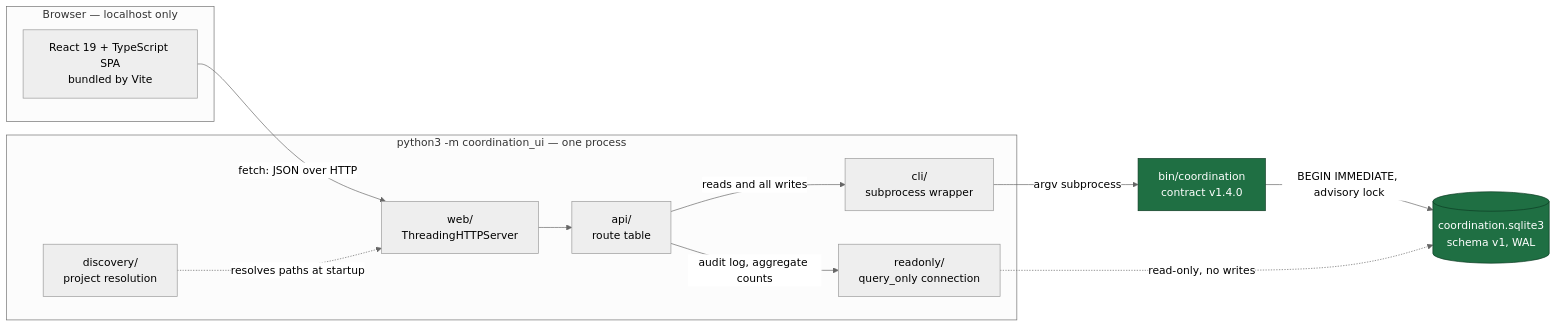
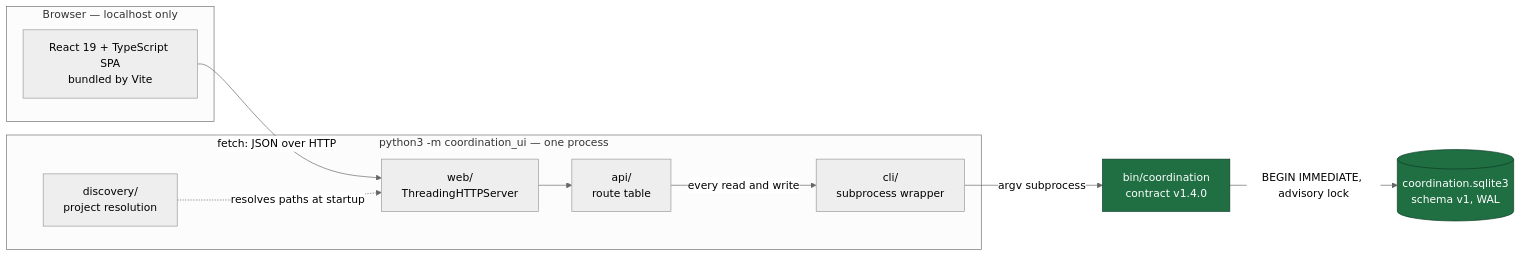
One commit to jnuez94/agentic-scaffold-project-task-tracker changed the first of 9 diagrams in docs/coordination-console-design.md. Above: the diagram before and after it, drawn with Mermaid (neutral theme). The commit also changed other lines of this file and 17 other files, not shown here.

````diff
--- a/docs/coordination-console-design.md
+++ b/docs/coordination-console-design.md
@@ -59,29 +59,26 @@
 ```mermaid
 flowchart LR
     subgraph browser["Browser — localhost only"]
         SPA["React 19 + TypeScript SPA<br/>bundled by Vite"]
     end
 
     subgraph python["python3 -m coordination_ui — one process"]
         HTTP["web/<br/>ThreadingHTTPServer"]
         API["api/<br/>route table"]
         BRIDGE["cli/<br/>subprocess wrapper"]
-        RO["readonly/<br/>query_only connection"]
         DISC["discovery/<br/>project resolution"]
     end
 
     CLI["bin/coordination<br/>contract v1.4.0"]
     DB[("coordination.sqlite3<br/>schema v1, WAL")]
 
     SPA -->|"fetch: JSON over HTTP"| HTTP
     HTTP --> API
-    API -->|"reads and all writes"| BRIDGE
-    API -->|"audit log, aggregate counts"| RO
+    API -->|"every read and write"| BRIDGE
     BRIDGE -->|"argv subprocess"| CLI
     CLI -->|"BEGIN IMMEDIATE, advisory lock"| DB
-    RO -.->|"read-only, no writes"| DB
     DISC -.->|"resolves paths at startup"| HTTP
 
     classDef authority fill:#1f6f43,stroke:#0d3b23,color:#fff
     class CLI,DB authority
 ```
````
